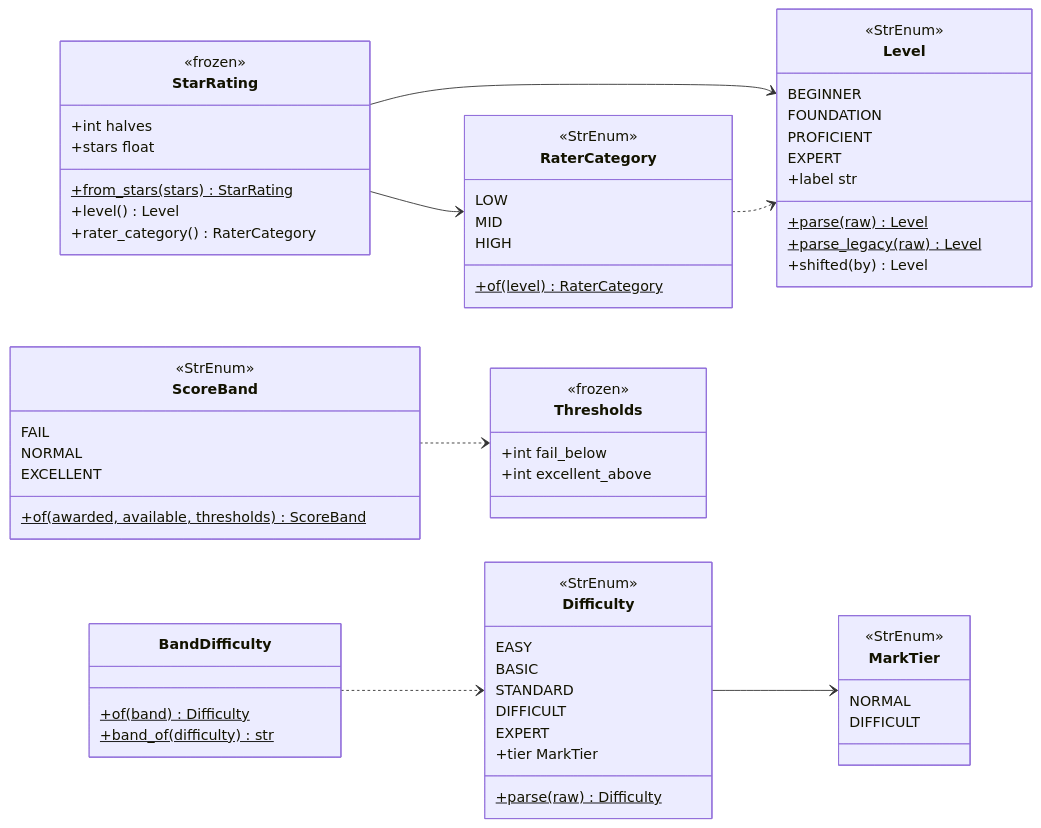
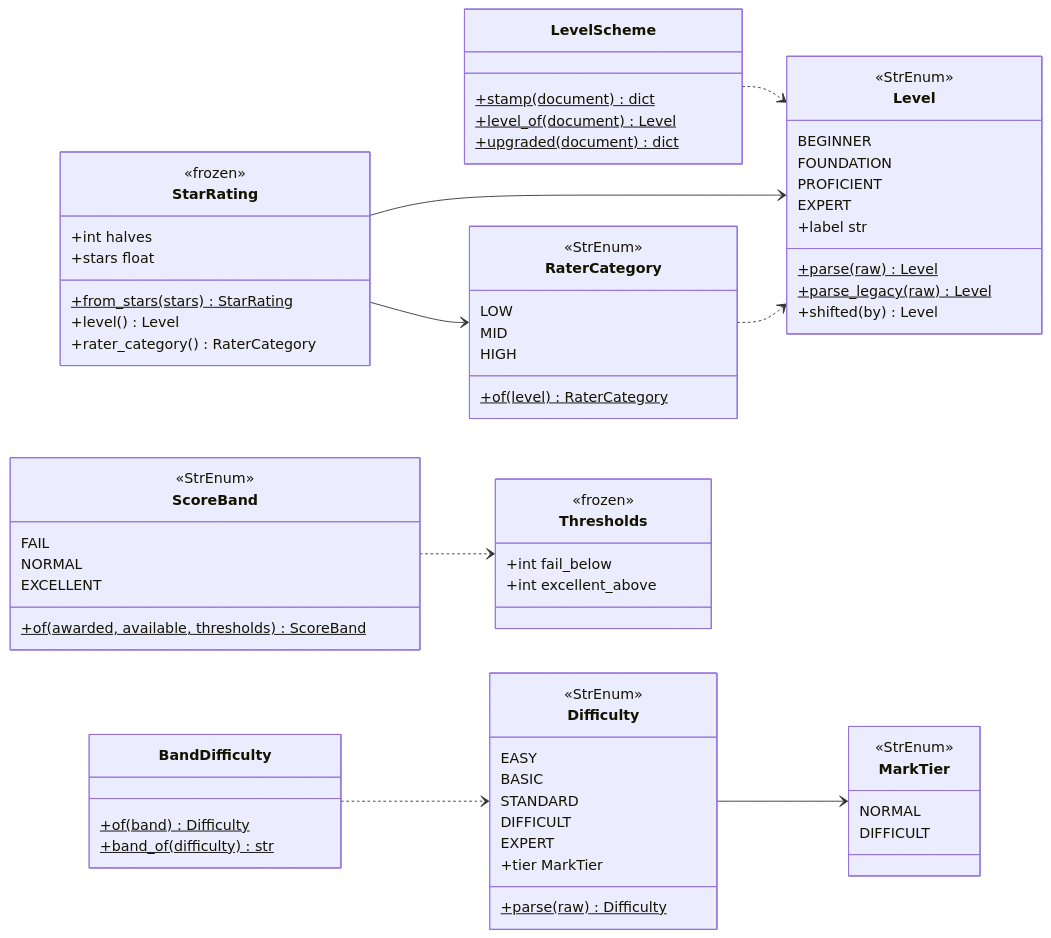
Diagram 21 of 22 in docs/architecture/design.md (Satyamkumarjha4/Intelilearn), drawn with Mermaid before and after one commit. The commit also changed other lines of this file and 66 other files, not shown here.

First line of the commit message:
feat(graph): five difficulties, level marker, marks policy, multiple-select, expressions and criteria

````diff
--- a/docs/architecture/design.md
+++ b/docs/architecture/design.md
@@ -1792,68 +1815,74 @@
 ```mermaid
 classDiagram
     direction LR
     class Level {
         <<StrEnum>>
         BEGINNER
         FOUNDATION
         PROFICIENT
         EXPERT
         +parse(raw)$ Level
         +parse_legacy(raw)$ Level
         +shifted(by) Level
         +label str
+    }
+    class LevelScheme {
+        +stamp(document)$ dict
+        +level_of(document)$ Level
+        +upgraded(document)$ dict
     }
     class StarRating {
         <<frozen>>
         +int halves
         +from_stars(stars)$ StarRating
         +stars float
         +level() Level
         +rater_category() RaterCategory
     }
     class RaterCategory {
         <<StrEnum>>
         LOW
         MID
         HIGH
         +of(level)$ RaterCategory
     }
     class Difficulty {
         <<StrEnum>>
         EASY
         BASIC
         STANDARD
         DIFFICULT
         EXPERT
         +parse(raw)$ Difficulty
         +tier MarkTier
     }
     class MarkTier {
         <<StrEnum>>
         NORMAL
         DIFFICULT
     }
     class BandDifficulty {
         +of(band)$ Difficulty
         +band_of(difficulty)$ str
     }
     class Thresholds {
         <<frozen>>
         +int fail_below
         +int excellent_above
     }
     class ScoreBand {
         <<StrEnum>>
         FAIL
         NORMAL
         EXCELLENT
         +of(awarded, available, thresholds)$ ScoreBand
     }
 
+    LevelScheme ..> Level
     StarRating --> Level
     StarRating --> RaterCategory
     RaterCategory ..> Level
     Difficulty --> MarkTier
     BandDifficulty ..> Difficulty
     ScoreBand ..> Thresholds
 ```
````
